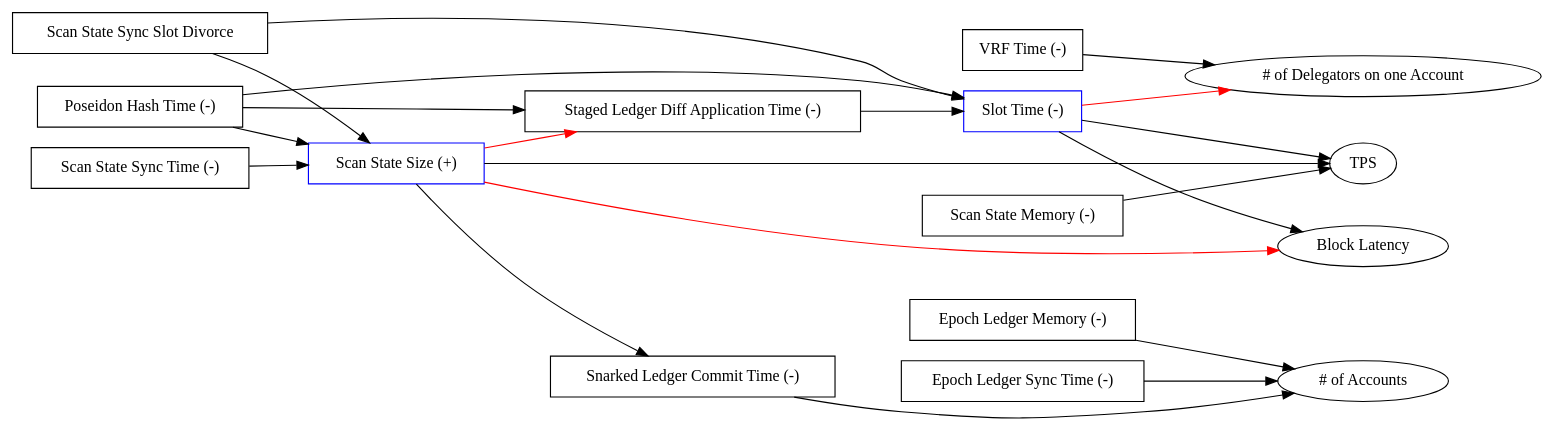
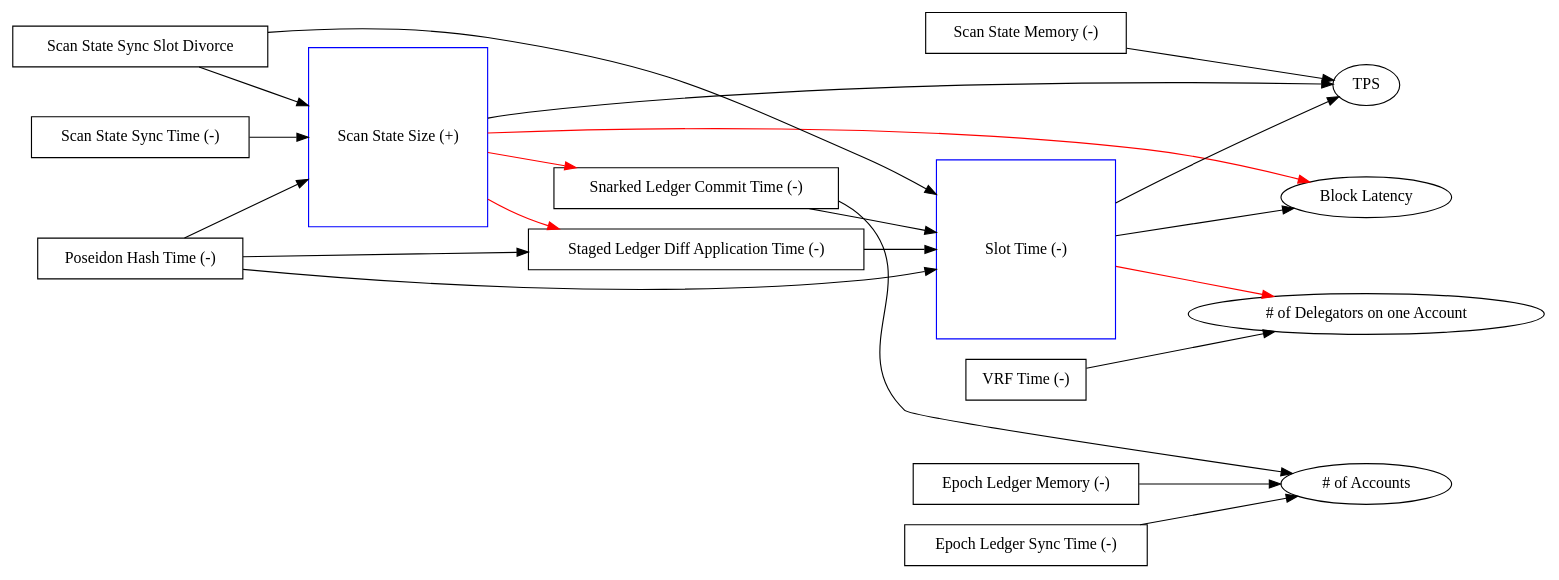
One commit to MinaProtocol/mina changed the diagram in rfcs/res/scaling_dependencies.dot. Above: the diagram before and after it, drawn with Graphviz. The commit also changed 2 other files, not shown here.

```diff
--- a/rfcs/res/scaling_dependencies.dot
+++ b/rfcs/res/scaling_dependencies.dot
@@ -1,54 +1,53 @@
 digraph G {
   rankdir=LR;
 
   // Protocol Aspects
   {
-    node [color=blue, shape=rectangle];
+    node [color=blue, shape=square, width=2.2, fixedsize=true];
     ScanSize [label="Scan State Size (+)"];
     SlotTime [label="Slot Time (-)"];
   }
 
   // Actionable Dependencies
   {
     node [shape=rectangle];
     ELSync [label="Epoch Ledger Sync Time (-)"];
     ELMem [label="Epoch Ledger Memory (-)"];
     StLDiffApp [label="Staged Ledger Diff Application Time (-)"];
     SnLCommit [label="Snarked Ledger Commit Time (-)"];
     ScanSyncTime [label="Scan State Sync Time (-)"];
     ScanMem [label="Scan State Memory (-)"];
     ScanSyncSlotDivorce [label="Scan State Sync Slot Divorce"];
     HashTime [label="Poseidon Hash Time (-)"];
     VRFTime [label="VRF Time (-)"];
   }
 
   // Goals
   {
     rank=same;
     node [shape=oval];
     NumAccs [label="# of Accounts"];
     TPS [label="TPS"];
     Latency [label="Block Latency"];
     Delegation [label="# of Delegators on one Account"];
   };
 
   // Positive Arcs
   {
     edge [color=black];
     {ScanSyncTime, ScanSyncSlotDivorce, HashTime} -> ScanSize
-    {StLDiffApp, ScanSyncSlotDivorce, HashTime} -> SlotTime;
+    {StLDiffApp, ScanSyncSlotDivorce, SnLCommit, HashTime} -> SlotTime;
     HashTime -> StLDiffApp;
-    ScanSize -> SnLCommit;
     {ELSync, ELMem, SnLCommit} -> NumAccs;
     {ScanSize, ScanMem, SlotTime} -> TPS;
     SlotTime -> Latency;
     VRFTime -> Delegation;
   }
 
   // Negative Arcs
   {
     edge [color=red];
-    ScanSize -> {StLDiffApp, Latency};
+    ScanSize -> {SnLCommit, StLDiffApp, Latency};
     SlotTime -> Delegation;
   }
 }
```
